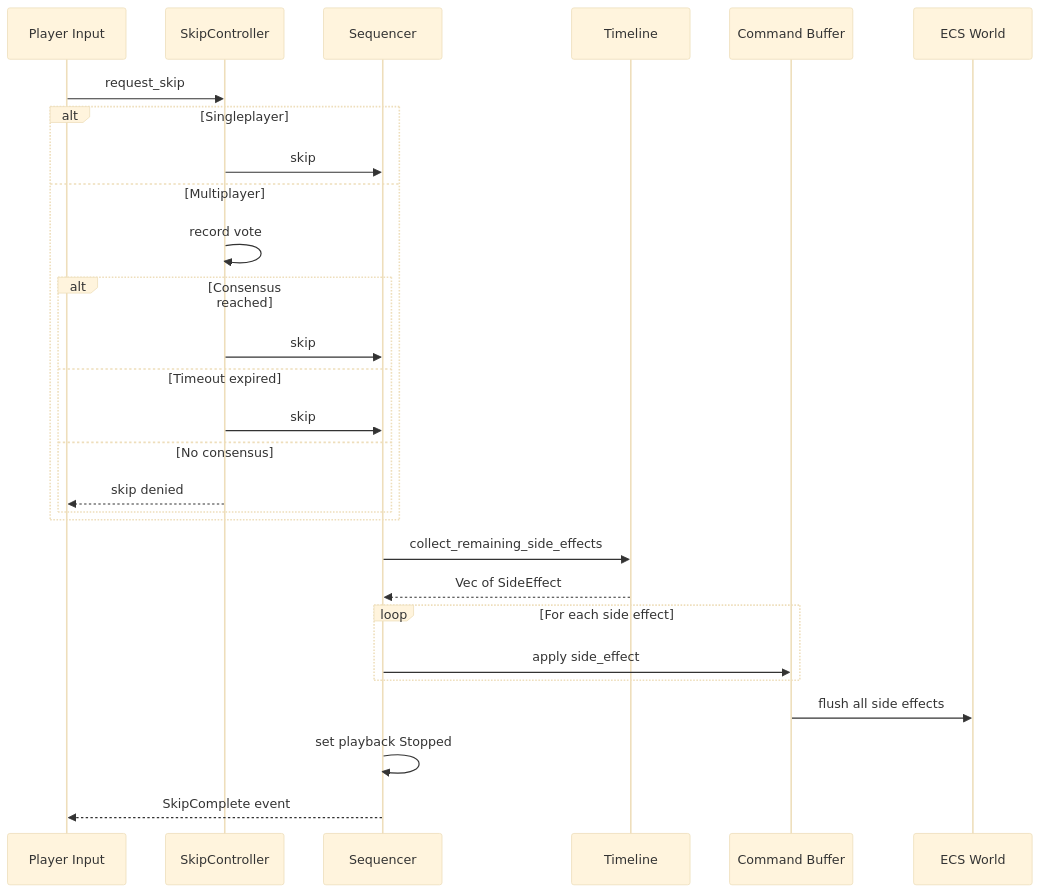
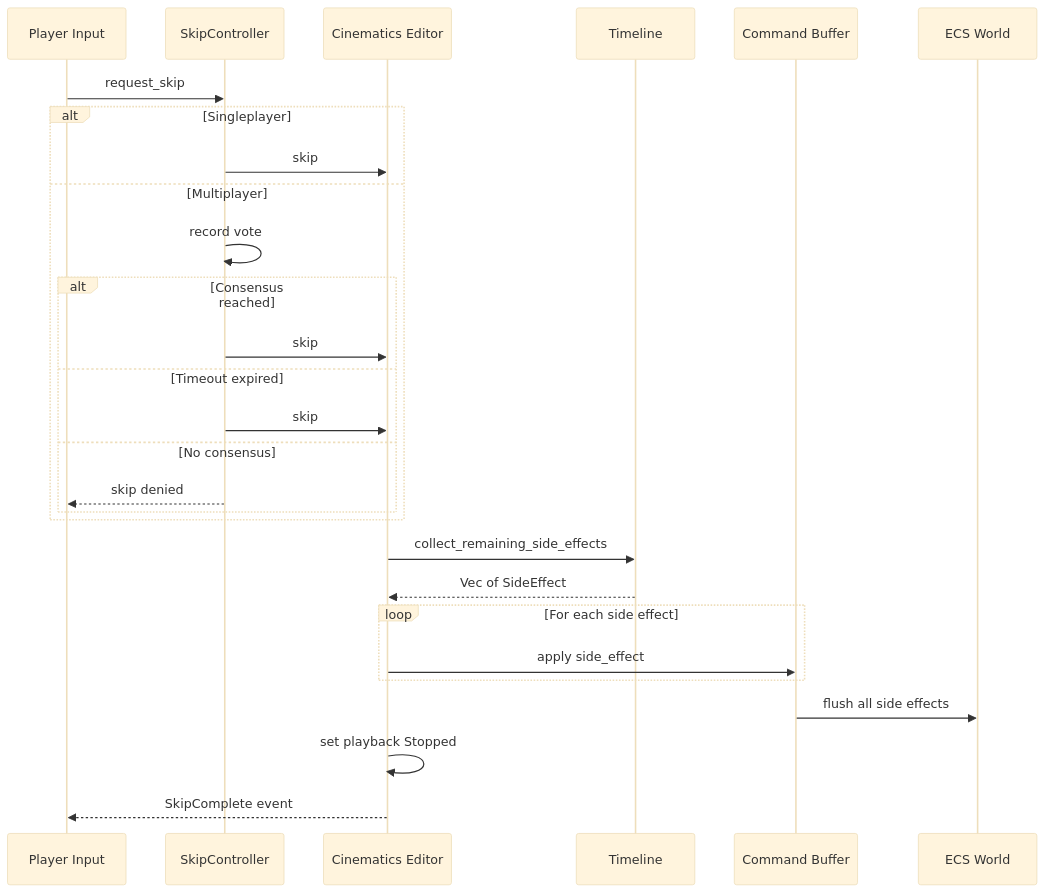
One commit to harmonius-dev/harmonius changed the eighth of 9 diagrams in docs/design/game-framework/save-cinematics.md. Above: the diagram before and after it, drawn with Mermaid (base theme). The commit also changed other lines of this file and 582 other files, not shown here.

````diff
--- a/docs/design/game-framework/save-cinematics.md
+++ b/docs/design/game-framework/save-cinematics.md
@@ -1726,34 +1725,34 @@
 ```mermaid
 sequenceDiagram
     participant P as Player Input
     participant SC as SkipController
-    participant SQ as Sequencer
+    participant SQ as Cinematics Editor
     participant TL as Timeline
     participant CB as Command Buffer
     participant ECS as ECS World
 
     P->>SC: request_skip
     alt Singleplayer
         SC->>SQ: skip
     else Multiplayer
         SC->>SC: record vote
         alt Consensus reached
             SC->>SQ: skip
         else Timeout expired
             SC->>SQ: skip
         else No consensus
             SC-->>P: skip denied
         end
     end
 
     SQ->>TL: collect_remaining_side_effects
     TL-->>SQ: Vec of SideEffect
 
     loop For each side effect
         SQ->>CB: apply side_effect
     end
 
     CB->>ECS: flush all side effects
     SQ->>SQ: set playback Stopped
     SQ-->>P: SkipComplete event
 ```
````
